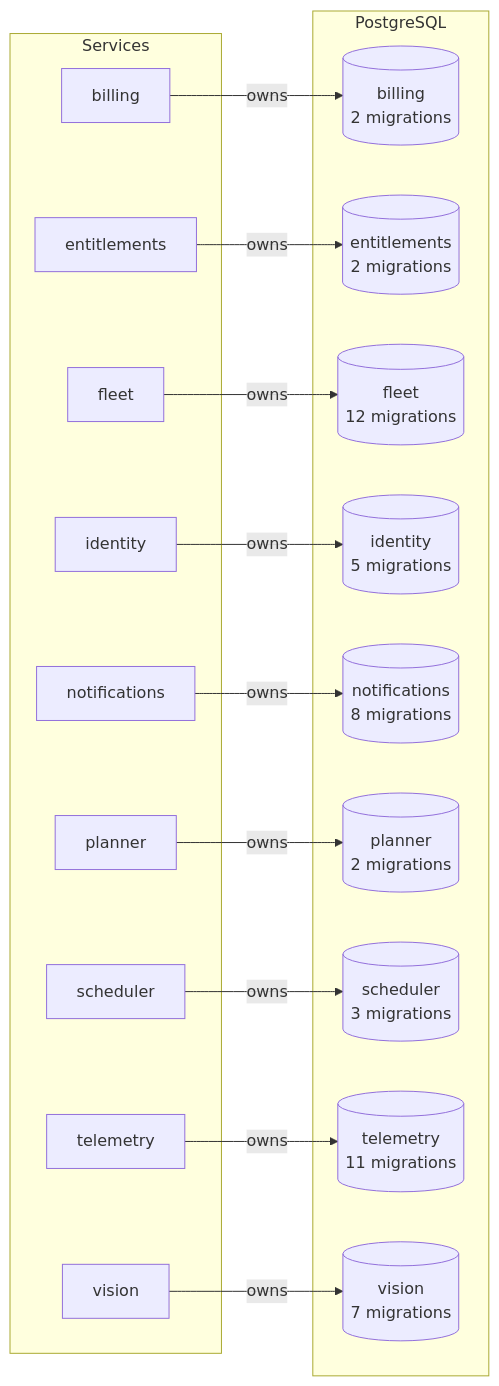
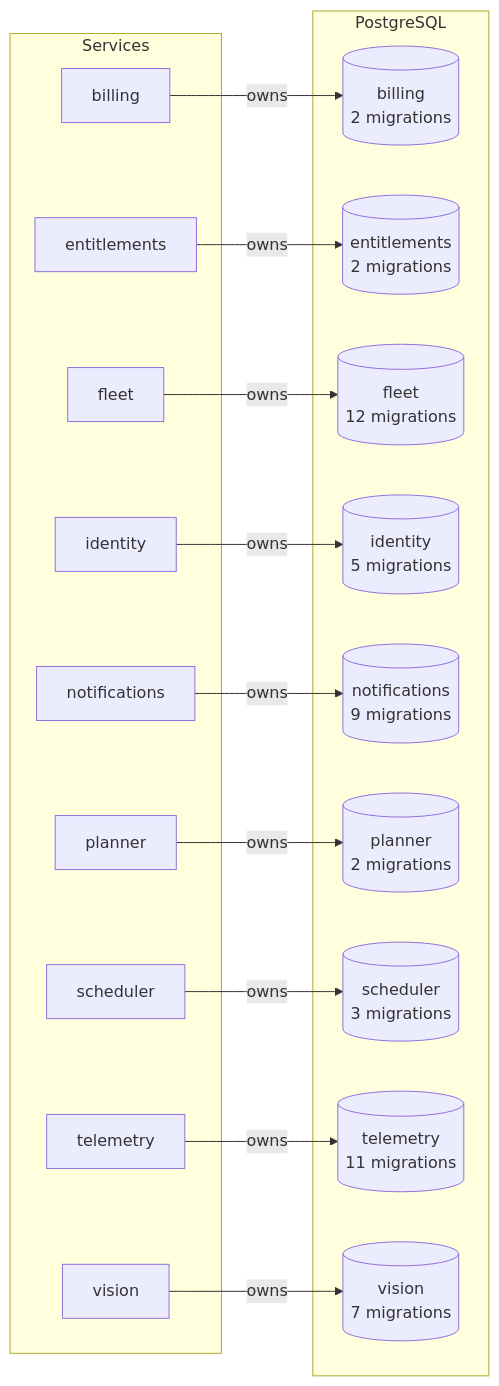
Before and after one commit to lukislp/mowdeck: diagram 15 of 15 in docs/architecture/generated.md, drawn with Mermaid. The commit also changed 1 other file, not shown here.

Commit message:
fix(notifications): the Live Activity migration follows the maintenance window migration 0008

````diff
--- a/docs/architecture/generated.md
+++ b/docs/architecture/generated.md
@@ -517,34 +517,34 @@
 ```mermaid
 flowchart LR
   subgraph apps[Services]
     billing["billing"]
     entitlements["entitlements"]
     fleet["fleet"]
     identity["identity"]
     notifications["notifications"]
     planner["planner"]
     scheduler["scheduler"]
     telemetry["telemetry"]
     vision["vision"]
   end
   subgraph pg[PostgreSQL]
     db_billing[("billing<br/>2 migrations")]
     db_entitlements[("entitlements<br/>2 migrations")]
     db_fleet[("fleet<br/>12 migrations")]
     db_identity[("identity<br/>5 migrations")]
-    db_notifications[("notifications<br/>8 migrations")]
+    db_notifications[("notifications<br/>9 migrations")]
     db_planner[("planner<br/>2 migrations")]
     db_scheduler[("scheduler<br/>3 migrations")]
     db_telemetry[("telemetry<br/>11 migrations")]
     db_vision[("vision<br/>7 migrations")]
   end
   billing -->|owns| db_billing
   entitlements -->|owns| db_entitlements
   fleet -->|owns| db_fleet
   identity -->|owns| db_identity
   notifications -->|owns| db_notifications
   planner -->|owns| db_planner
   scheduler -->|owns| db_scheduler
   telemetry -->|owns| db_telemetry
   vision -->|owns| db_vision
 ```
````
